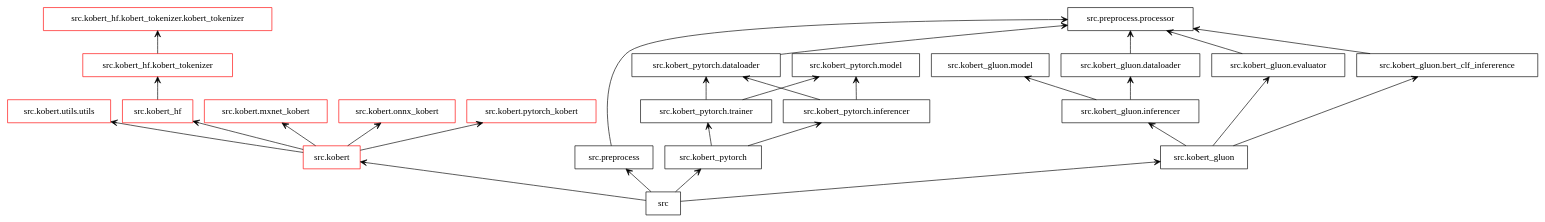
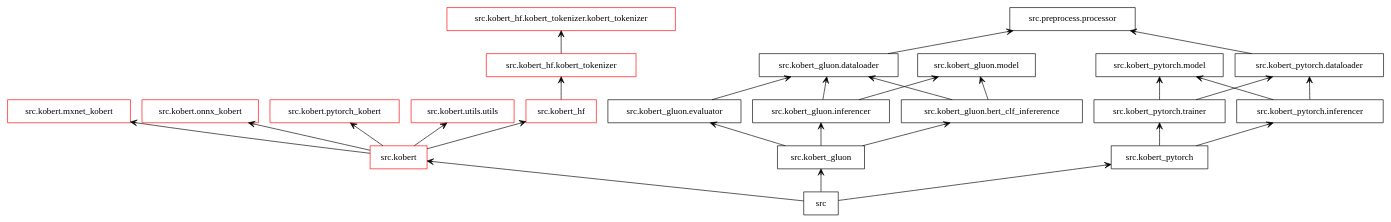
Before and after one commit to dsdanielpark/fine-tuned-korean-bert-news-article-classifier: the diagram in packages.dot, drawn with Graphviz. The commit also changed 3 other files, not shown here.

Commit message:
fix: graph viz

```diff
--- a/packages.dot
+++ b/packages.dot
@@ -1,54 +1,52 @@
 digraph "packages" {
 charset="utf-8"
 rankdir=BT
 style=filled
 "0" [label="src", shape="box"];
 "1" [label="src.kobert", shape="box", color=red];
 "2" [label="src.kobert.mxnet_kobert", shape="box", color=red];
 "3" [label="src.kobert.onnx_kobert", shape="box", color=red];
 "4" [label="src.kobert.pytorch_kobert", shape="box", color=red];
 "7" [label="src.kobert.utils.utils", shape="box", color=red];
 "8" [label="src.kobert_gluon", shape="box"];
 "9" [label="src.kobert_gluon.bert_clf_infererence", shape="box"];
 "10" [label="src.kobert_gluon.dataloader", shape="box"];
 "11" [label="src.kobert_gluon.evaluator", shape="box"];
 "12" [label="src.kobert_gluon.inferencer", shape="box"];
 "13" [label="src.kobert_gluon.model", shape="box"];
 "14" [label="src.kobert_hf", shape="box", color=red];
 "15" [label="src.kobert_hf.kobert_tokenizer", shape="box", color=red];
 "16" [label="src.kobert_hf.kobert_tokenizer.kobert_tokenizer", shape="box", color=red];
 "17" [label="src.kobert_pytorch", shape="box"];
 "18" [label="src.kobert_pytorch.dataloader", shape="box"];
 "19" [label="src.kobert_pytorch.inferencer", shape="box"];
 "20" [label="src.kobert_pytorch.model", shape="box"];
 "21" [label="src.kobert_pytorch.trainer", shape="box"];
-"22" [label="src.preprocess", shape="box"];
 "23" [label="src.preprocess.processor", shape="box"];
 "0" -> "1" [arrowhead="open", arrowtail="none"];
 "0" -> "8" [arrowhead="open", arrowtail="none"];
-"0" -> "22" [arrowhead="open", arrowtail="none"];
 "1" -> "2" [arrowhead="open", arrowtail="none"];
 "1" -> "3" [arrowhead="open", arrowtail="none"];
 "1" -> "4" [arrowhead="open", arrowtail="none"];
 "1" -> "7" [arrowhead="open", arrowtail="none"];
 "8" -> "9" [arrowhead="open", arrowtail="none"];
 "8" -> "11" [arrowhead="open", arrowtail="none"];
 "8" -> "12" [arrowhead="open", arrowtail="none"];
-"9" -> "23" [arrowhead="open", arrowtail="none"];
-"11" -> "23" [arrowhead="open", arrowtail="none"];
+"9" -> "10" [arrowhead="open", arrowtail="none"];
+"9" -> "13" [arrowhead="open", arrowtail="none"];
+"11" -> "10" [arrowhead="open", arrowtail="none"];
 "12" -> "10" [arrowhead="open", arrowtail="none"];
 "12" -> "13" [arrowhead="open", arrowtail="none"];
 "15" -> "16" [arrowhead="open", arrowtail="none"];
 "0" -> "17" [arrowhead="open", arrowtail="none"];
 "17" -> "19" [arrowhead="open", arrowtail="none"];
 "17" -> "21" [arrowhead="open", arrowtail="none"];
 "19" -> "18" [arrowhead="open", arrowtail="none"];
 "19" -> "20" [arrowhead="open", arrowtail="none"];
 "21" -> "18" [arrowhead="open", arrowtail="none"];
 "21" -> "20" [arrowhead="open", arrowtail="none"];
-"22" -> "23" [arrowhead="open", arrowtail="none"];
 "14" -> "15" [arrowhead="open", arrowtail="none"];
 "1" -> "14" [arrowhead="open", arrowtail="none"];
 "18" -> "23" [arrowhead="open", arrowtail="none"];
 "10" -> "23" [arrowhead="open", arrowtail="none"];
 }
```
